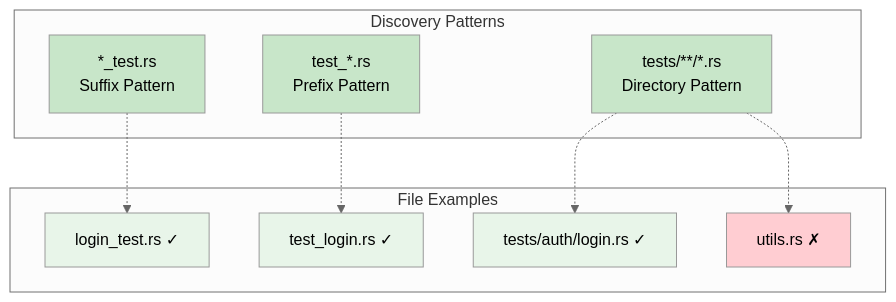
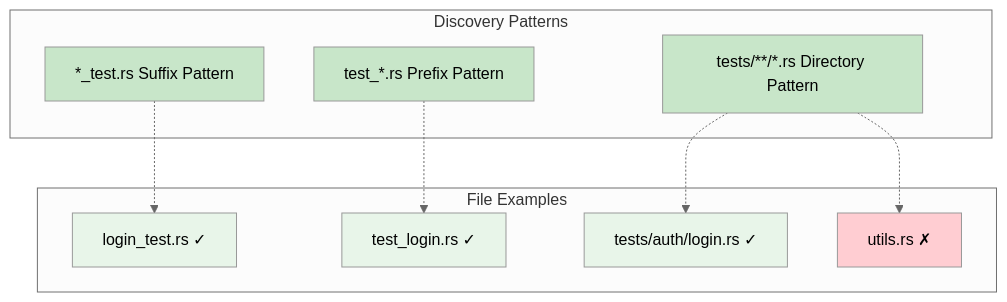
Before and after one commit to softwarewrighter/ui-test-rs: the fifth of 15 diagrams in wiki/Test-Loader.md, drawn with Mermaid (neutral theme). The commit also changed other lines of this file and 10 other files, not shown here.

First line of the commit message:
Fix wiki Mermaid diagrams: remove <br/> tags

````diff
--- a/wiki/Test-Loader.md
+++ b/wiki/Test-Loader.md
@@ -202,28 +202,28 @@
 ```mermaid
 graph TB
     subgraph Patterns["Discovery Patterns"]
-        P1[*_test.rs<br/>Suffix Pattern]
-        P2[test_*.rs<br/>Prefix Pattern]
-        P3[tests/**/*.rs<br/>Directory Pattern]
+        P1[*_test.rs Suffix Pattern]
+        P2[test_*.rs Prefix Pattern]
+        P3[tests/**/*.rs Directory Pattern]
     end
 
     subgraph Examples["File Examples"]
         E1[login_test.rs ✓]
         E2[test_login.rs ✓]
         E3[tests/auth/login.rs ✓]
         E4[utils.rs ✗]
     end
 
     P1 -.-> E1
     P2 -.-> E2
     P3 -.-> E3
     P3 -.-> E4
 
     style P1 fill:#c8e6c9
     style P2 fill:#c8e6c9
     style P3 fill:#c8e6c9
     style E1 fill:#e8f5e9
     style E2 fill:#e8f5e9
     style E3 fill:#e8f5e9
     style E4 fill:#ffcdd2
 ```
````
